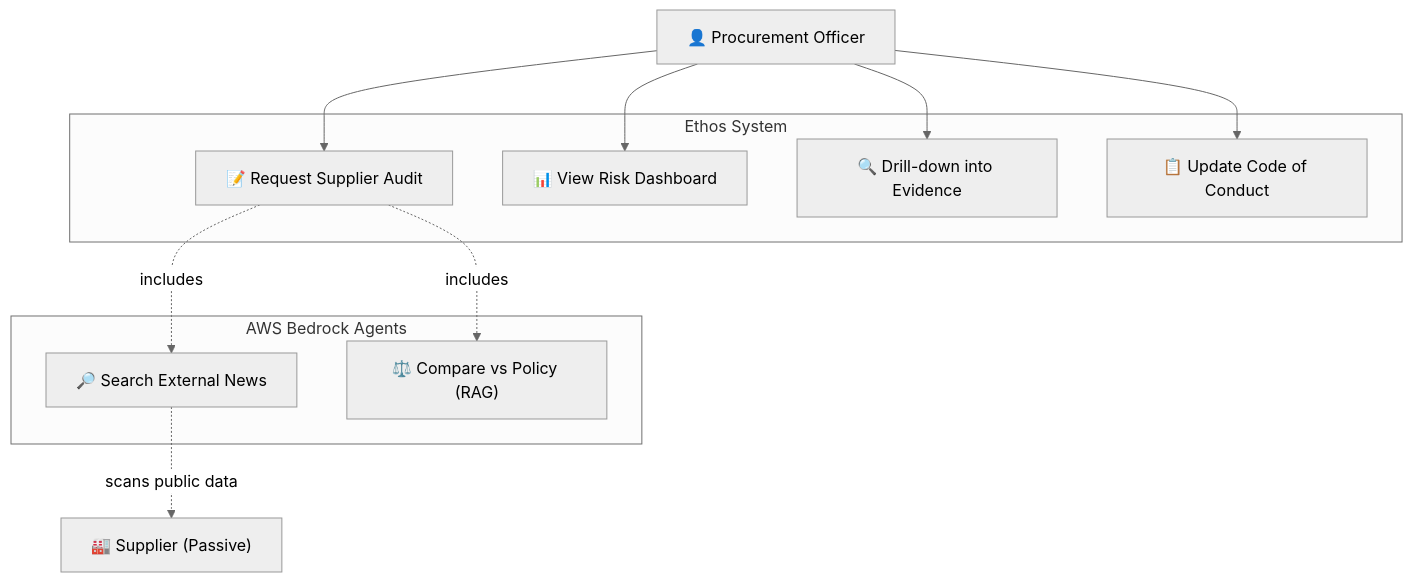
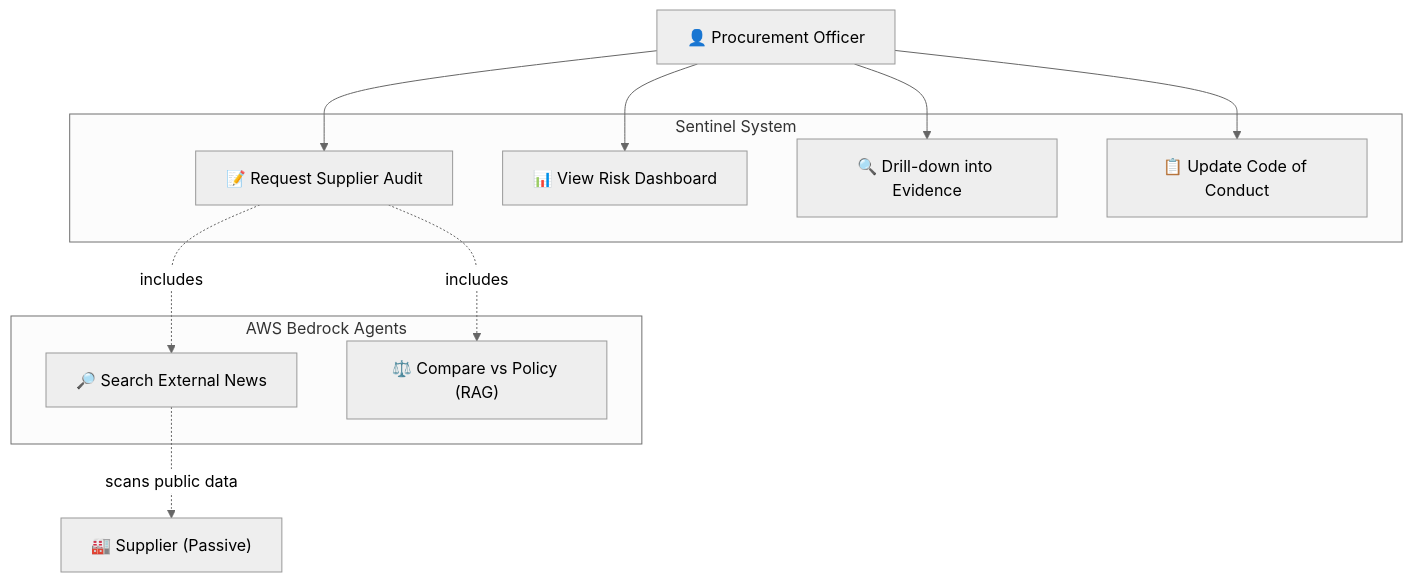
One commit to shailwx/ethos-chain changed the diagram in specs/use_case_diagram.mermaid. Above: the diagram before and after it, drawn with Mermaid (neutral theme). The commit also changed 7 other files, not shown here.

Commit message:
Rebrand from Ethos to Sentinel across all documentation

```diff
--- a/specs/use_case_diagram.mermaid
+++ b/specs/use_case_diagram.mermaid
@@ -1,25 +1,25 @@
 graph TB
     PO["👤 Procurement Officer"]
     Supplier["🏭 Supplier (Passive)"]
     
-    subgraph Ethos["Ethos System"]
+    subgraph Sentinel["Sentinel System"]
         UC1["📝 Request Supplier Audit"]
         UC2["📊 View Risk Dashboard"]
         UC3["🔍 Drill-down into Evidence"]
         UC4["📋 Update Code of Conduct"]
     end
     
     subgraph Bedrock["AWS Bedrock Agents"]
         UC_Search["🔎 Search External News"]
         UC_RAG["⚖️ Compare vs Policy (RAG)"]
     end
     
     PO --> UC1
     PO --> UC2
     PO --> UC3
     PO --> UC4
     
     UC1 -.->|includes| UC_Search
     UC1 -.->|includes| UC_RAG
     
     UC_Search -.->|scans public data| Supplier
```
